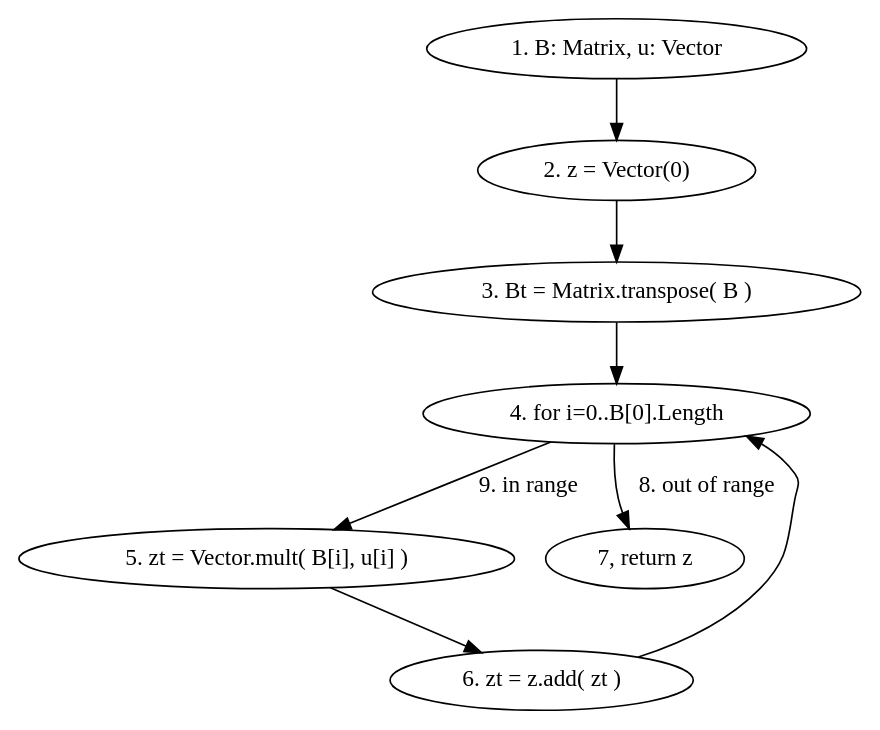
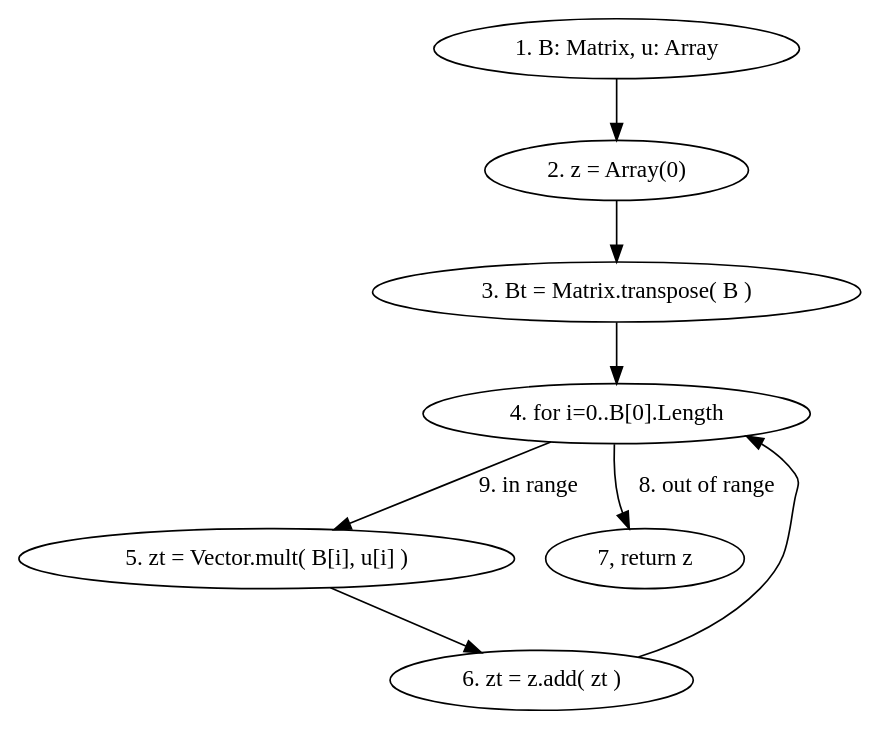
The diagram in test_graphs/scripts/matrix/linearCombination.dot (drakexcaptainop/p5t), drawn with Graphviz before and after one commit. The commit also changed 30 other files, not shown here.

```diff
--- a/test_graphs/scripts/matrix/linearCombination.dot
+++ b/test_graphs/scripts/matrix/linearCombination.dot
@@ -1,14 +1,14 @@
 digraph G {
-   INP [label="1. B: Matrix, u: Vector"]
-   SET1 [label="2. z = Vector(0)"]
+   INP [label="1. B: Matrix, u: Array"]
+   SET1 [label="2. z = Array(0)"]
    SET2 [label="3. Bt = Matrix.transpose( B )"]
    FOR [label="4. for i=0..B[0].Length"]
    MULT [label="5. zt = Vector.mult( B[i], u[i] )"]
    ADD [label="6. zt = z.add( zt )"]
    RET [label="7, return z"]
    INP -> SET1 -> SET2 -> FOR 
    FOR -> RET [label="8. out of range"]
    FOR -> MULT [label="9. in range"]
    MULT -> ADD 
    ADD -> FOR 
 }
```
